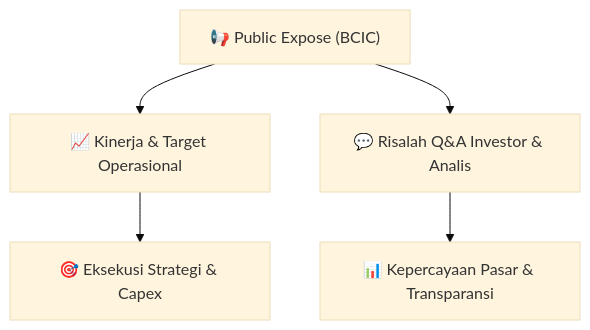
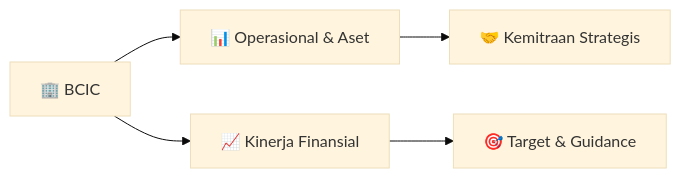
The diagram in Finplan_analyst/knowledge-base/public-exposes/informasi-pubex/BCIC_Public_Expose_20260916.md (anYoneo/alphadigest-idx), drawn with Mermaid (base theme) before and after one commit. The commit also changed other lines of this file and 526 other files, not shown here.

````diff
--- a/Finplan_analyst/knowledge-base/public-exposes/informasi-pubex/BCIC_Public_Expose_20260916.md
+++ b/Finplan_analyst/knowledge-base/public-exposes/informasi-pubex/BCIC_Public_Expose_20260916.md
@@ -37,7 +125,7 @@
 ```mermaid
-flowchart TD
-    A["📢 Public Expose (BCIC)"] --> B["📈 Kinerja & Target Operasional"]
-    A --> C["💬 Risalah Q&A Investor & Analis"]
-    B --> D["🎯 Eksekusi Strategi & Capex"]
-    C --> E["📊 Kepercayaan Pasar & Transparansi"]
+flowchart LR
+    A["🏢 BCIC"] --> B["📊 Operasional & Aset"]
+    A --> C["📈 Kinerja Finansial"]
+    B --> D["🤝 Kemitraan Strategis"]
+    C --> E["🎯 Target & Guidance"]
 ```
````
